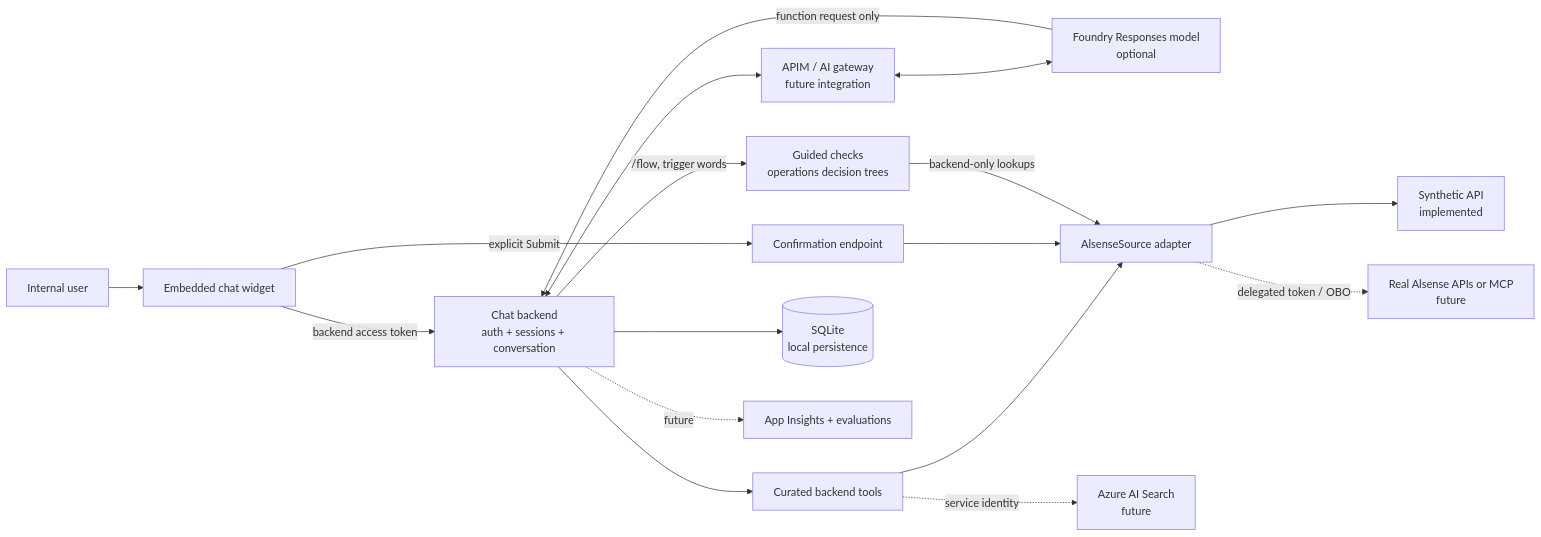
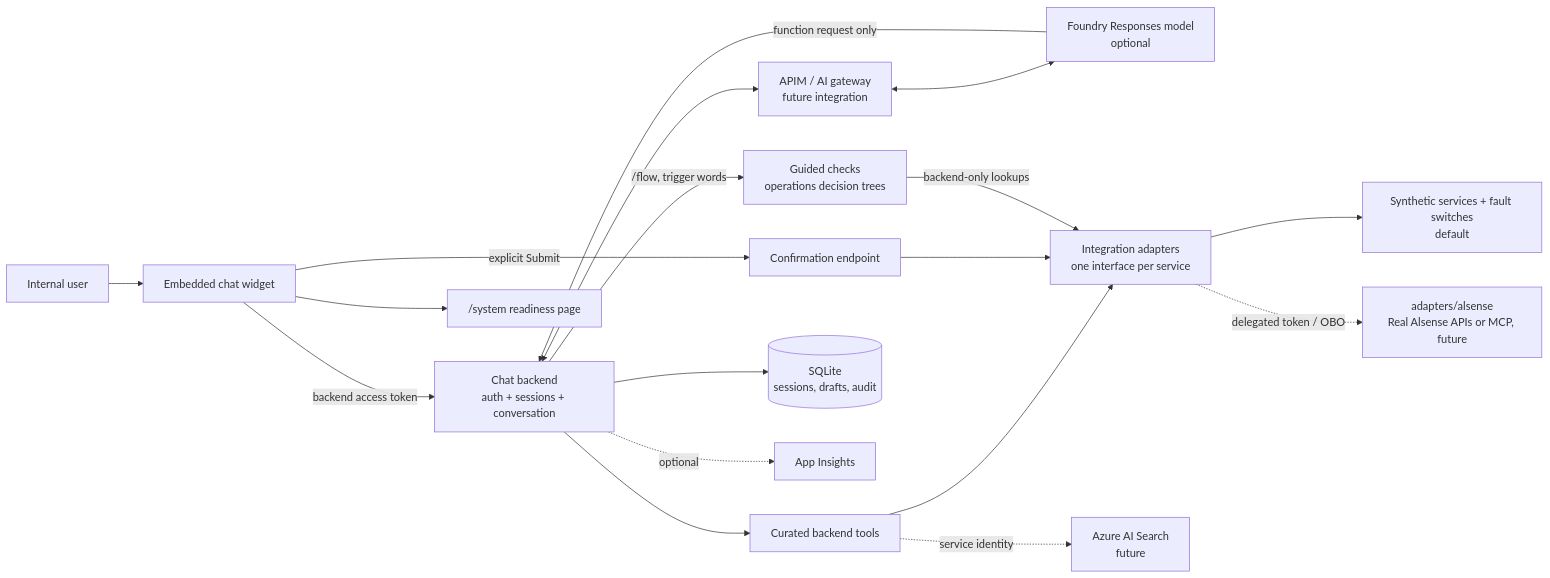
The diagram in docs/architecture.md (amir0135/alsense-chat-starter), drawn with Mermaid before and after one commit. The commit also changed other lines of this file and 8 other files, not shown here.

````diff
--- a/docs/architecture.md
+++ b/docs/architecture.md
@@ -6,19 +6,20 @@
 ```mermaid
 flowchart LR
     U[Internal user] --> W[Embedded chat widget]
     W -->|backend access token| B[Chat backend<br/>auth + sessions + conversation]
     B <--> G[APIM / AI gateway<br/>future integration]
     G <--> F[Foundry Responses model<br/>optional]
     F -->|function request only| B
     B --> T[Curated backend tools]
-    T --> P[AlsenseSource adapter]
-    P --> M[Synthetic API<br/>implemented]
-    P -. delegated token / OBO .-> A[Real Alsense APIs or MCP<br/>future]
+    T --> P[Integration adapters<br/>one interface per service]
+    P --> M[Synthetic services + fault switches<br/>default]
+    P -. delegated token / OBO .-> A[adapters/alsense<br/>Real Alsense APIs or MCP, future]
     T -. service identity .-> K[Azure AI Search<br/>future]
     W -->|explicit Submit| C[Confirmation endpoint]
     C --> P
     B -->|/flow, trigger words| R[Guided checks<br/>operations decision trees]
     R -->|backend-only lookups| P
-    B --> D[(SQLite<br/>local persistence)]
-    B -. future .-> O[App Insights + evaluations]
+    B --> D[(SQLite<br/>sessions, drafts, audit)]
+    W --> Y["/system readiness page"]
+    B -. optional .-> O[App Insights]
 ```
````
